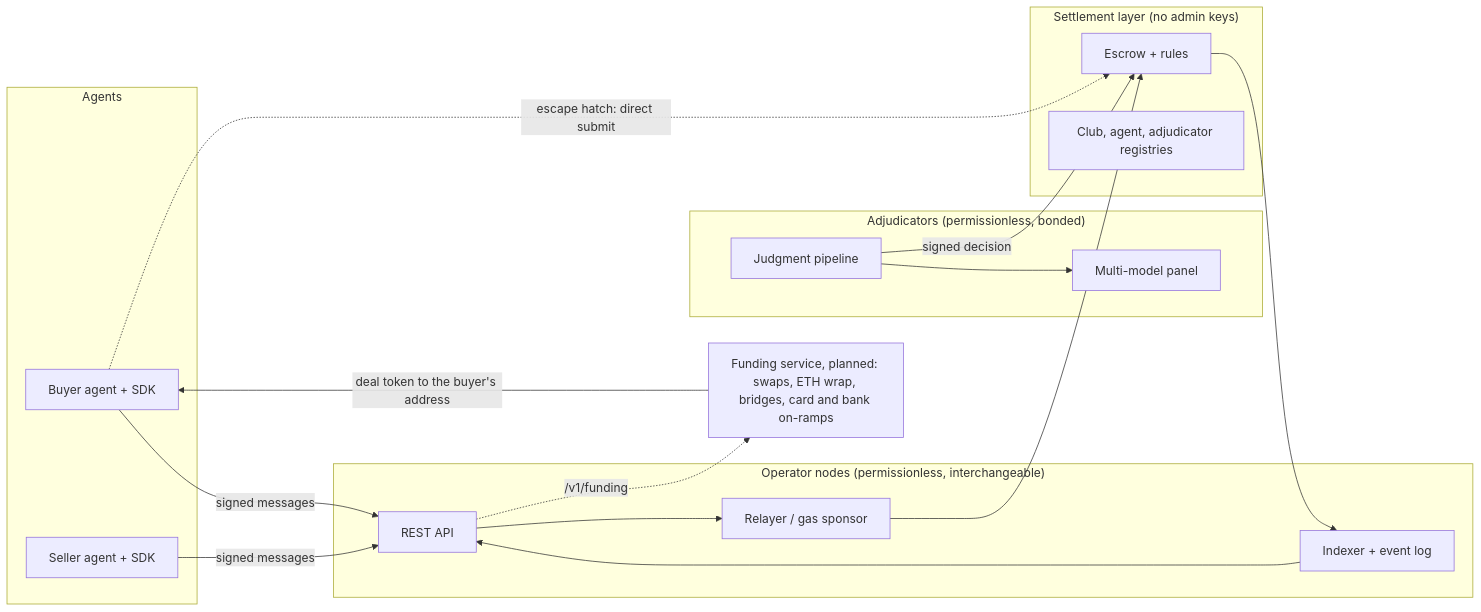
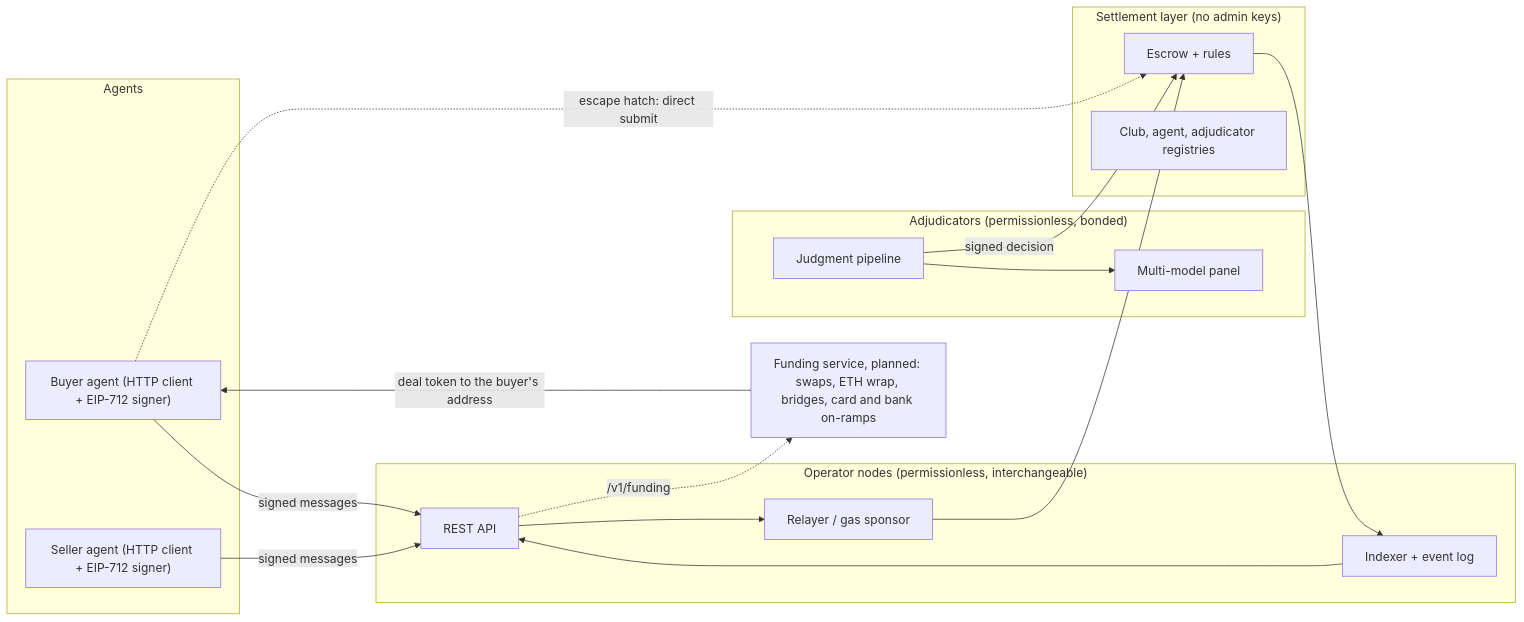
The first of 3 diagrams in docs/architecture.md (rafaeldavid/holdback), drawn with Mermaid before and after one commit. The commit also changed other lines of this file and 7 other files, not shown here.

````diff
--- a/docs/architecture.md
+++ b/docs/architecture.md
@@ -7,30 +7,30 @@
 ```mermaid
 flowchart LR
   subgraph Agents
-    BA[Buyer agent + SDK]
-    SA[Seller agent + SDK]
+    BA["Buyer agent (HTTP client + EIP-712 signer)"]
+    SA["Seller agent (HTTP client + EIP-712 signer)"]
   end
   subgraph Operators["Operator nodes (permissionless, interchangeable)"]
     API[REST API]
     IDX[Indexer + event log]
     REL[Relayer / gas sponsor]
   end
   subgraph Adjudicators["Adjudicators (permissionless, bonded)"]
     PIPE[Judgment pipeline]
     PANEL[Multi-model panel]
   end
   subgraph Settlement["Settlement layer (no admin keys)"]
     ESC[Escrow + rules]
     REG[Club, agent, adjudicator registries]
   end
   RAMP[Funding service, planned: swaps, ETH wrap, bridges, card and bank on-ramps]
   BA -- signed messages --> API
   SA -- signed messages --> API
   BA -. escape hatch: direct submit .-> ESC
   API --> REL --> ESC
   ESC --> IDX --> API
   PIPE --> PANEL
   PIPE -- signed decision --> ESC
   API -. /v1/funding .-> RAMP
   RAMP -- deal token to the buyer's address --> BA
 ```
````
